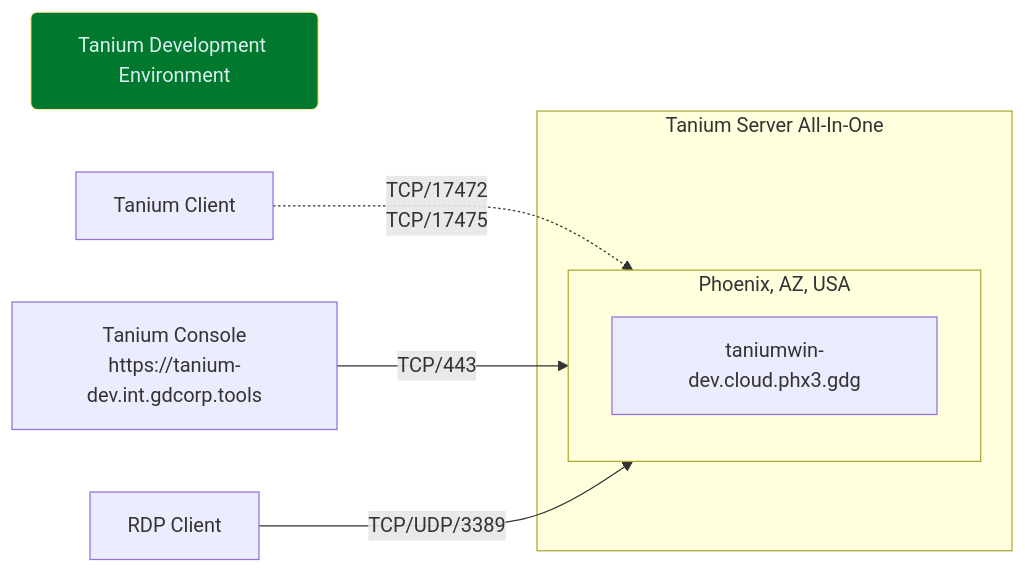
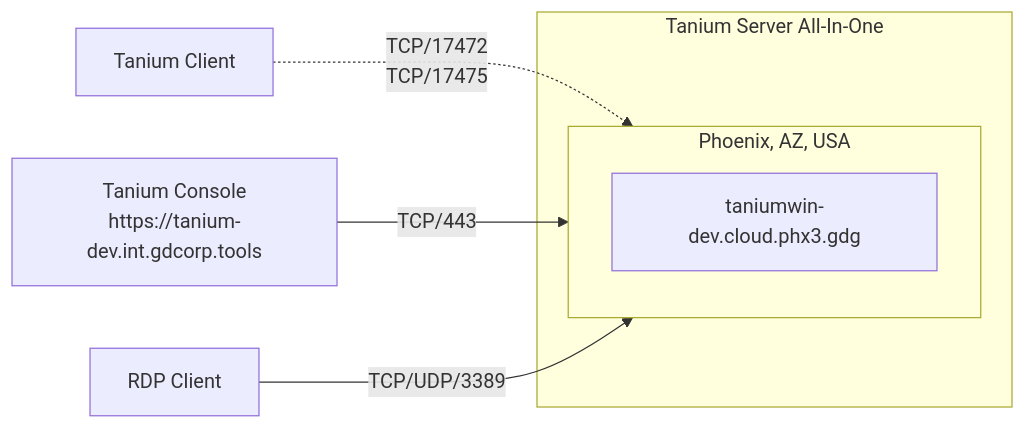
Before and after one commit to gdsec-test/tsa-tanium-config: the diagram in docs/diagrams/src/tanium-architecture-dev.mmd, drawn with Mermaid.

Commit message:
Remove title; styles unused

```diff
--- a/docs/diagrams/src/tanium-architecture-dev.mmd
+++ b/docs/diagrams/src/tanium-architecture-dev.mmd
@@ -1,29 +1,29 @@
 flowchart LR
     %% Define nodes and subgraphs
     subgraph TS["Tanium Server All-In-One"]
         subgraph TS_P3["Phoenix, AZ, USA"]
             TS_P3_1["taniumwin-dev.cloud.phx3.gdg"]
         end
     end
     
     %% Define nodes not part of a subgraph
-    Title("Tanium Development Environment")
+    %%Title("Tanium Development Environment")
     TaniumClient["Tanium Client"]
     TaniumConsole["Tanium Console<br/>https://tanium-dev.int.gdcorp.tools"]
     RDPClient["RDP Client"]
 
     %% Define relationships
     TaniumClient -.->|"TCP/17472<br/>TCP/17475"| TS_P3
     TaniumConsole -->|"TCP/443"| TS_P3
     RDPClient -->|"TCP/UDP/3389"| TS_P3
 
     %% Add hyperlinks
     click TaniumConsole "https://tanium-dev.int.gdcorp.tools" "Tanium Console (VPN Required)"
 
     %% Define styles
     classDef StyleGoDaddyProd fill:#E22726,color:#000000,stroke:#FFFFFF,stroke-width:1px;
     classDef StyleGoDaddyProdEMEA fill:#FED317,color:#2F1C4C,stroke:#FADCD9,stroke-width:1px;
     classDef StyleGoDaddyDev fill:#00782E,color:#D8EFEF,stroke:#FFEEA9,stroke-width:1px;
     
     %% Assign styles
     class Title StyleGoDaddyDev;
```
